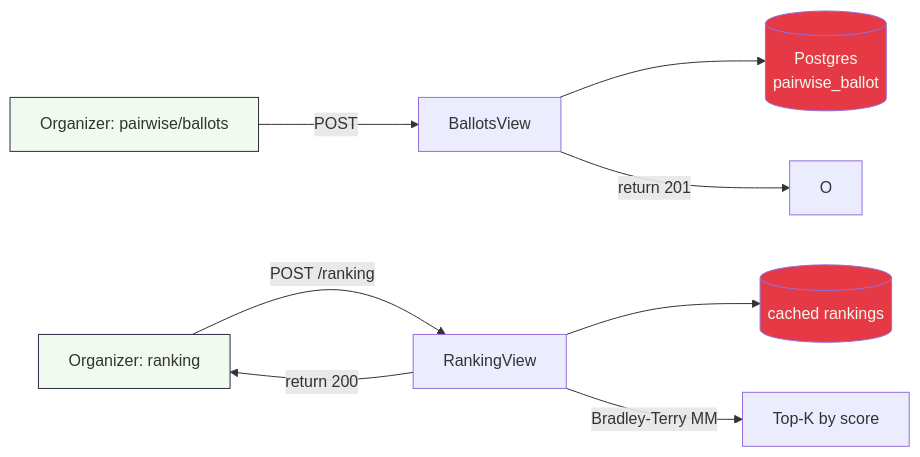
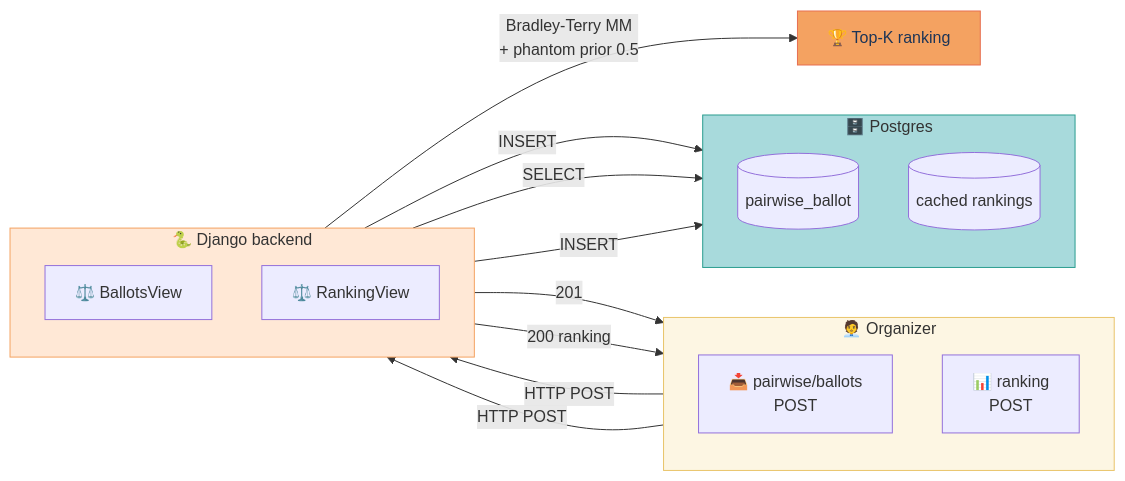
One commit to choksi2212/dogfood-hackathon changed the ninth of 10 diagrams in README.md. Above: the diagram before and after it, drawn with Mermaid. The commit also changed other lines of this file, not shown here.

First line of the commit message:
README: rebuild diagrams — landscape architecture + light themed palette

````diff
--- a/README.md
+++ b/README.md
@@ -449,15 +491,34 @@
 ```mermaid
 flowchart LR
-    A[Organizer: pairwise/ballots] -->|POST| V1[BallotsView]
-    V1 --> DB1[(Postgres<br/>pairwise_ballot)]
-    V1 -->|return 201| O
-    O2[Organizer: ranking] -->|POST /ranking| V2[RankingView]
-    V2 --> DB2[(cached rankings)]
-    V2 -->|Bradley-Terry MM| R[Top-K by score]
-    V2 -->|return 200| O2
+    subgraph IN["🧑‍💼 Organizer"]
+        direction TB
+        A1[📥 pairwise/ballots<br/>POST]
+        A2[📊 ranking<br/>POST]
+    end
 
-    style A fill:#F1FAEE,stroke:#2B2D42
-    style O2 fill:#F1FAEE,stroke:#2B2D42
-    style DB1 fill:#E63946,color:#F1FAEE
-    style DB2 fill:#E63946,color:#F1FAEE
+    subgraph BE["🐍 Django backend"]
+        direction TB
+        V1["⚖️ BallotsView"]
+        V2["⚖️ RankingView"]
+    end
+
+    subgraph DB["🗄️ Postgres"]
+        direction TB
+        DB1[(pairwise_ballot)]
+        DB2[(cached rankings)]
+    end
+
+    A1 -->|HTTP POST| V1
+    V1 -->|INSERT| DB1
+    V1 -->|201| A1
+    A2 -->|HTTP POST| V2
+    V2 -->|SELECT| DB1
+    V2 -->|"Bradley-Terry MM<br/>+ phantom prior 0.5"| R["🏆 Top-K ranking"]
+    V2 -->|INSERT| DB2
+    V2 -->|200 ranking| A2
+
+    style IN fill:#FDF6E3,stroke:#E9C46A
+    style BE fill:#FFE8D6,stroke:#F4A261
+    style DB fill:#A8DADC,stroke:#2A9D8F
+    style R fill:#F4A261,stroke:#E76F51,color:#1D3557
 ```
````
